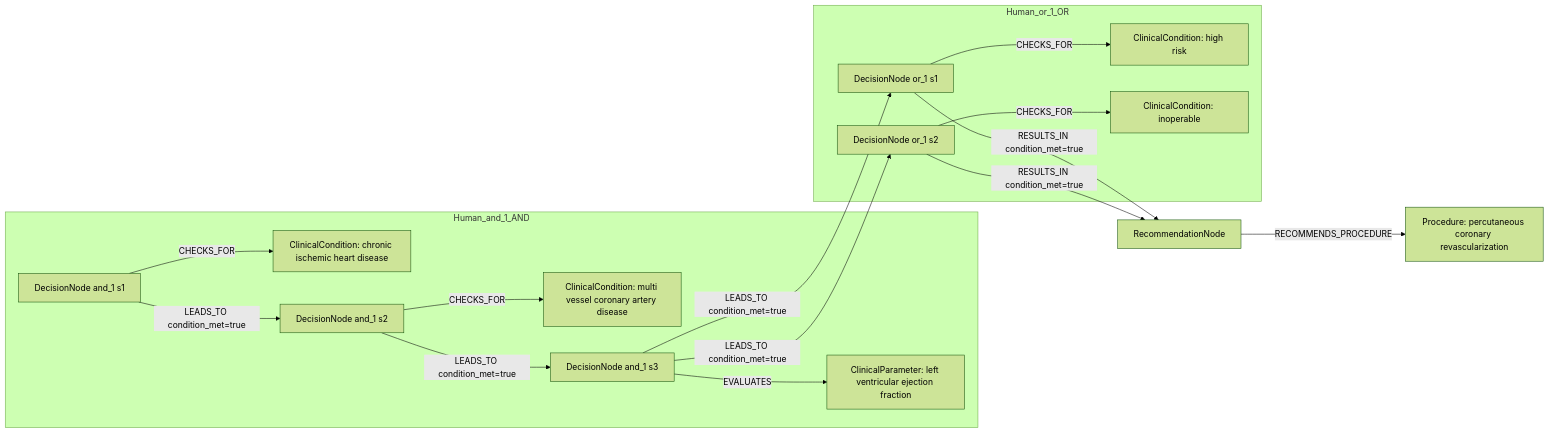
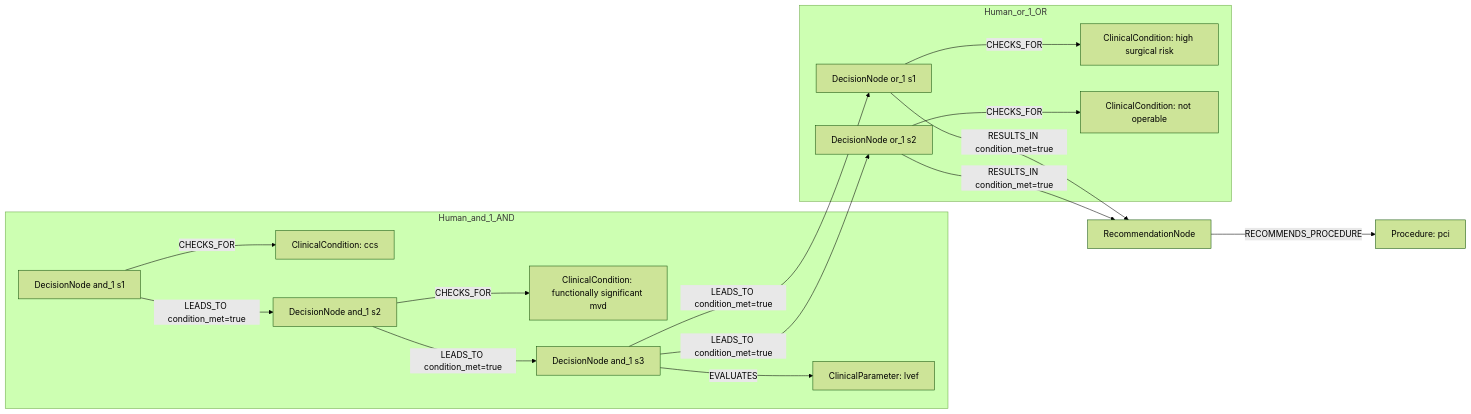
The first of 2 diagrams in docs/table22_rows_comparison/row_11.md (dieterich-lab/CardioGuidelinesGraph), drawn with Mermaid (forest theme) before and after one commit. The commit also changed other lines of this file and 20 other files, not shown here.

````diff
--- a/docs/table22_rows_comparison/row_11.md
+++ b/docs/table22_rows_comparison/row_11.md
@@ -195,31 +177,31 @@
 ```mermaid
 graph LR
   REC[RecommendationNode]
-  ACT1[Procedure: percutaneous coronary revascularization]
+  ACT1[Procedure: pci]
   REC -->|RECOMMENDS_PROCEDURE| ACT1
   subgraph Human_and_1_AND
     D_and_1_1[DecisionNode and_1 s1]
-    C_and_1_1[ClinicalCondition: chronic ischemic heart disease]
+    C_and_1_1[ClinicalCondition: ccs]
     D_and_1_1 -->|CHECKS_FOR| C_and_1_1
     D_and_1_2[DecisionNode and_1 s2]
-    C_and_1_2[ClinicalCondition: multi vessel coronary artery disease]
+    C_and_1_2[ClinicalCondition: functionally significant mvd]
     D_and_1_2 -->|CHECKS_FOR| C_and_1_2
     D_and_1_3[DecisionNode and_1 s3]
-    C_and_1_3[ClinicalParameter: left ventricular ejection fraction]
+    C_and_1_3[ClinicalParameter: lvef]
     D_and_1_3 -->|EVALUATES| C_and_1_3
     D_and_1_1 -->|LEADS_TO condition_met=true| D_and_1_2
     D_and_1_2 -->|LEADS_TO condition_met=true| D_and_1_3
   end
   subgraph Human_or_1_OR
     D_or_1_1[DecisionNode or_1 s1]
-    C_or_1_1[ClinicalCondition: high risk]
+    C_or_1_1[ClinicalCondition: high surgical risk]
     D_or_1_1 -->|CHECKS_FOR| C_or_1_1
     D_or_1_2[DecisionNode or_1 s2]
-    C_or_1_2[ClinicalCondition: inoperable]
+    C_or_1_2[ClinicalCondition: not operable]
     D_or_1_2 -->|CHECKS_FOR| C_or_1_2
     D_and_1_3 -->|LEADS_TO condition_met=true| D_or_1_1
     D_and_1_3 -->|LEADS_TO condition_met=true| D_or_1_2
   end
   D_or_1_1 -->|RESULTS_IN condition_met=true| REC
   D_or_1_2 -->|RESULTS_IN condition_met=true| REC
 ```
````
